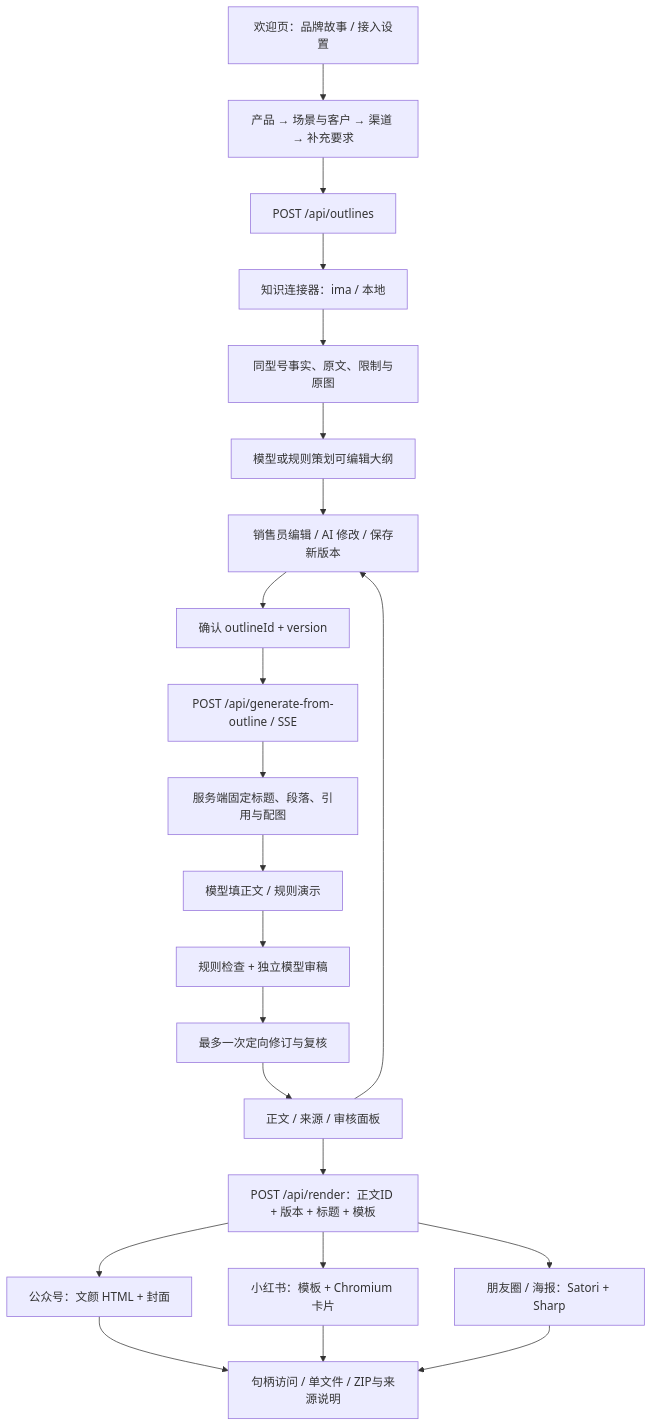
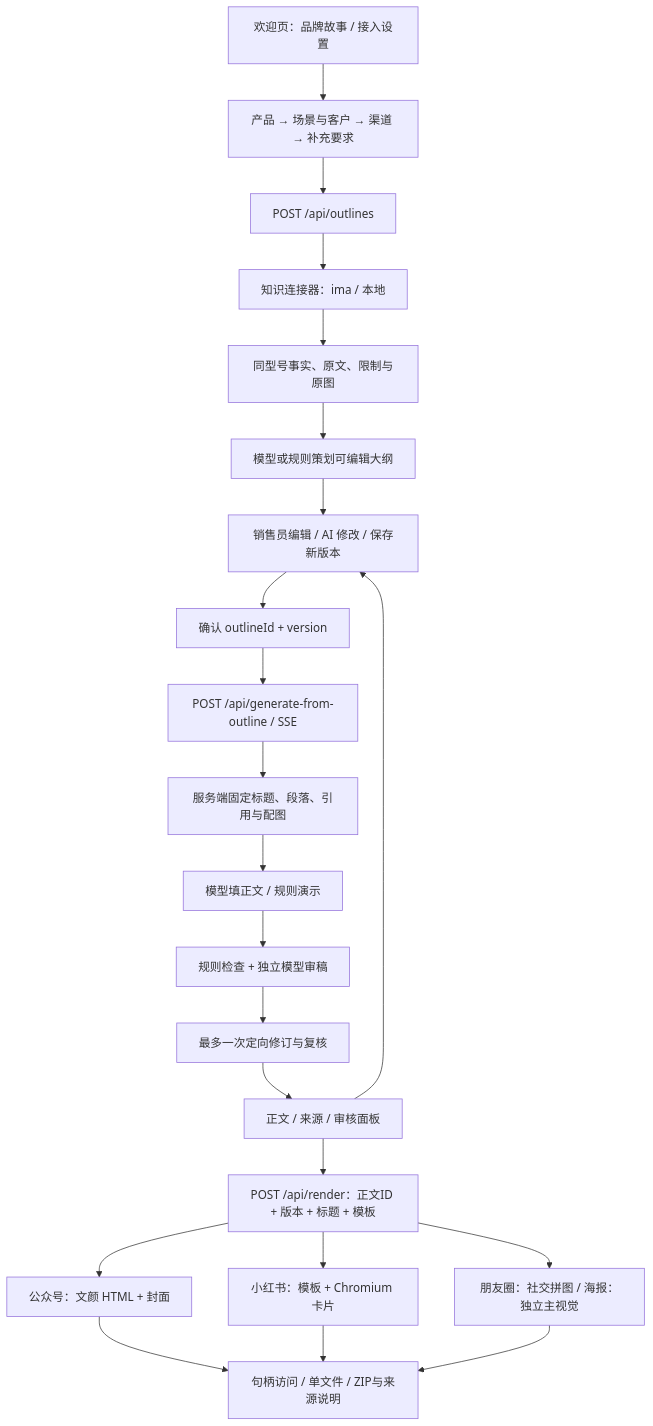
One commit to BayesBai/Leo changed the diagram in docs/architecture.md. Above: the diagram before and after it, drawn with Mermaid. The commit also changed other lines of this file and 463 other files, not shown here.

````diff
--- a/docs/architecture.md
+++ b/docs/architecture.md
@@ -5,24 +5,24 @@
 ```mermaid
 flowchart TD
   A[欢迎页：品牌故事 / 接入设置] --> B[产品 → 场景与客户 → 渠道 → 补充要求]
   B --> C[POST /api/outlines]
   C --> D[知识连接器：ima / 本地]
   D --> E[同型号事实、原文、限制与原图]
   E --> F[模型或规则策划可编辑大纲]
   F --> G[销售员编辑 / AI 修改 / 保存新版本]
   G --> H[确认 outlineId + version]
   H --> I[POST /api/generate-from-outline / SSE]
   I --> J[服务端固定标题、段落、引用与配图]
   J --> K[模型填正文 / 规则演示]
   K --> L[规则检查 + 独立模型审稿]
   L --> M[最多一次定向修订与复核]
   M --> N[正文 / 来源 / 审核面板]
   N --> G
   N --> O[POST /api/render：正文ID + 版本 + 标题 + 模板]
   O --> P[公众号：文颜 HTML + 封面]
   O --> Q[小红书：模板 + Chromium 卡片]
-  O --> R[朋友圈 / 海报：Satori + Sharp]
+  O --> R[朋友圈：社交拼图 / 海报：独立主视觉]
   P --> S[句柄访问 / 单文件 / ZIP与来源说明]
   Q --> S
   R --> S
 ```
````
